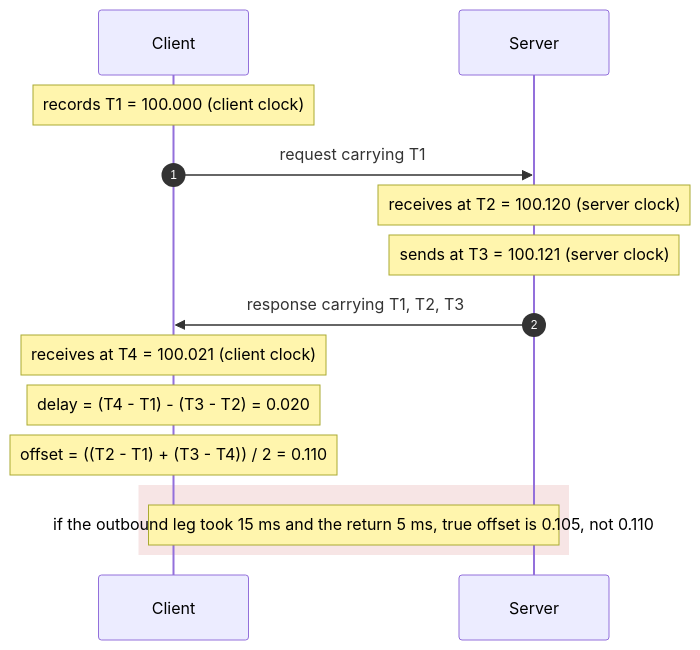
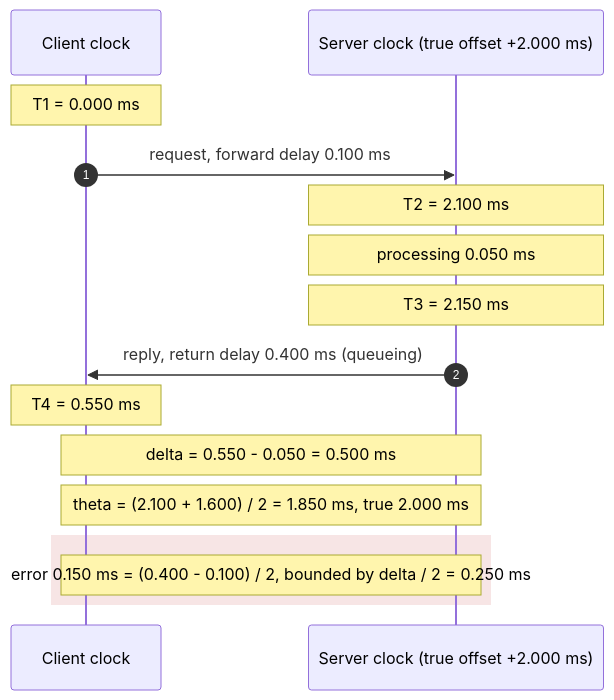
The third of 6 diagrams in src/content/docs/en/foundations/time-and-ordering/physical-clocks.mdx (gorkemsari/distributed-systems), drawn with Mermaid before and after one commit. The commit also changed other lines of this file and 3 other files, not shown here.

````diff
--- a/src/content/docs/en/foundations/time-and-ordering/physical-clocks.mdx
+++ b/src/content/docs/en/foundations/time-and-ordering/physical-clocks.mdx
@@ -76,17 +64,18 @@
 ```mermaid
 sequenceDiagram
     autonumber
-    participant C as Client
-    participant S as Server
-    Note over C: records T1 = 100.000 (client clock)
-    C->>S: request carrying T1
-    Note over S: receives at T2 = 100.120 (server clock)
-    Note over S: sends at T3 = 100.121 (server clock)
-    S->>C: response carrying T1, T2, T3
-    Note over C: receives at T4 = 100.021 (client clock)
-    Note over C: delay = (T4 - T1) - (T3 - T2) = 0.020
-    Note over C: offset = ((T2 - T1) + (T3 - T4)) / 2 = 0.110
+    participant C as Client clock
+    participant S as Server clock (true offset +2.000 ms)
+    Note over C: T1 = 0.000 ms
+    C->>S: request, forward delay 0.100 ms
+    Note over S: T2 = 2.100 ms
+    Note over S: processing 0.050 ms
+    Note over S: T3 = 2.150 ms
+    S->>C: reply, return delay 0.400 ms (queueing)
+    Note over C: T4 = 0.550 ms
+    Note over C,S: delta = 0.550 - 0.050 = 0.500 ms
+    Note over C,S: theta = (2.100 + 1.600) / 2 = 1.850 ms, true 2.000 ms
     rect rgba(200, 80, 80, 0.15)
-    Note over C,S: if the outbound leg took 15 ms and the return 5 ms, true offset is 0.105, not 0.110
+    Note over C,S: error 0.150 ms = (0.400 - 0.100) / 2, bounded by delta / 2 = 0.250 ms
     end
 ```
````
